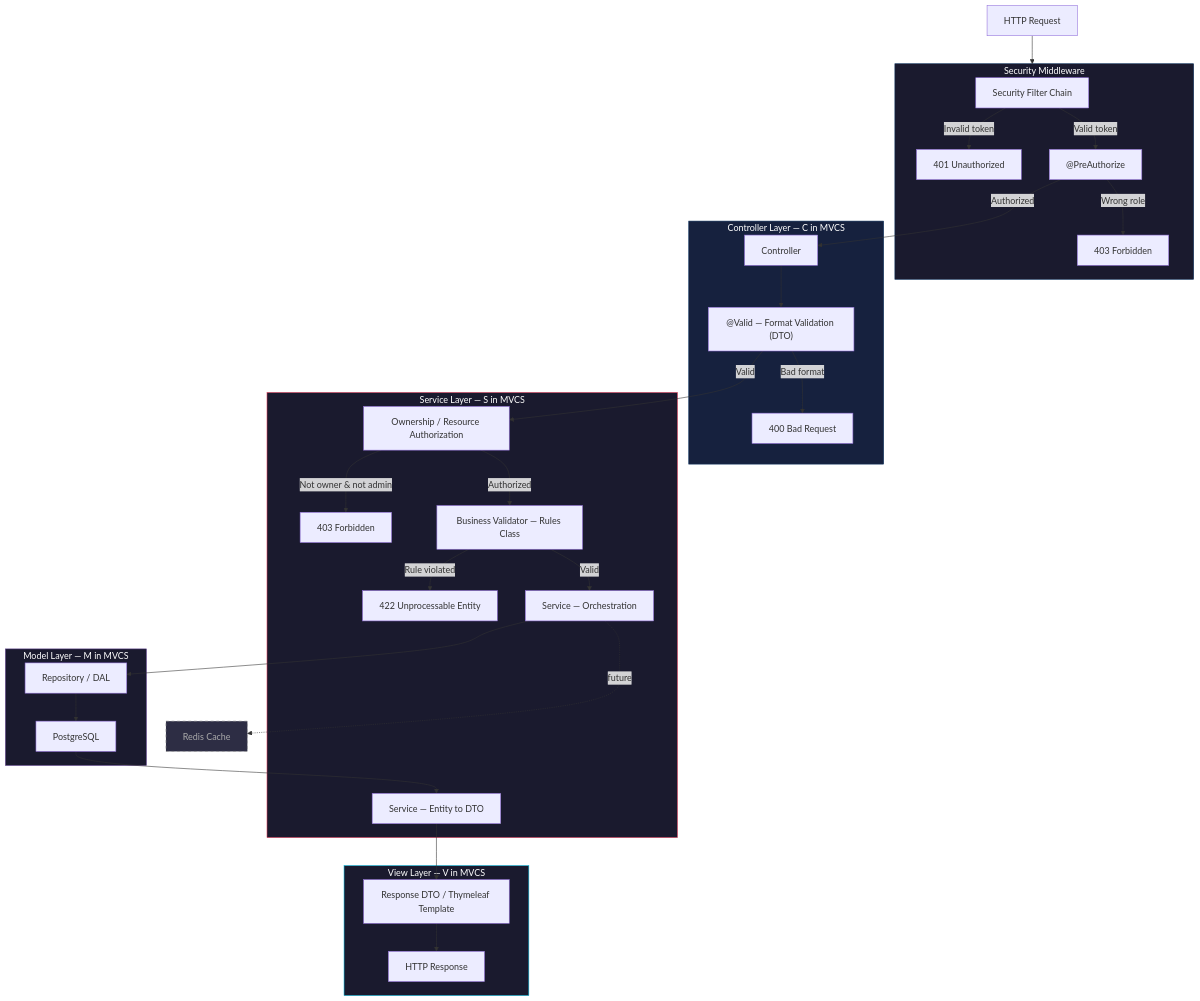
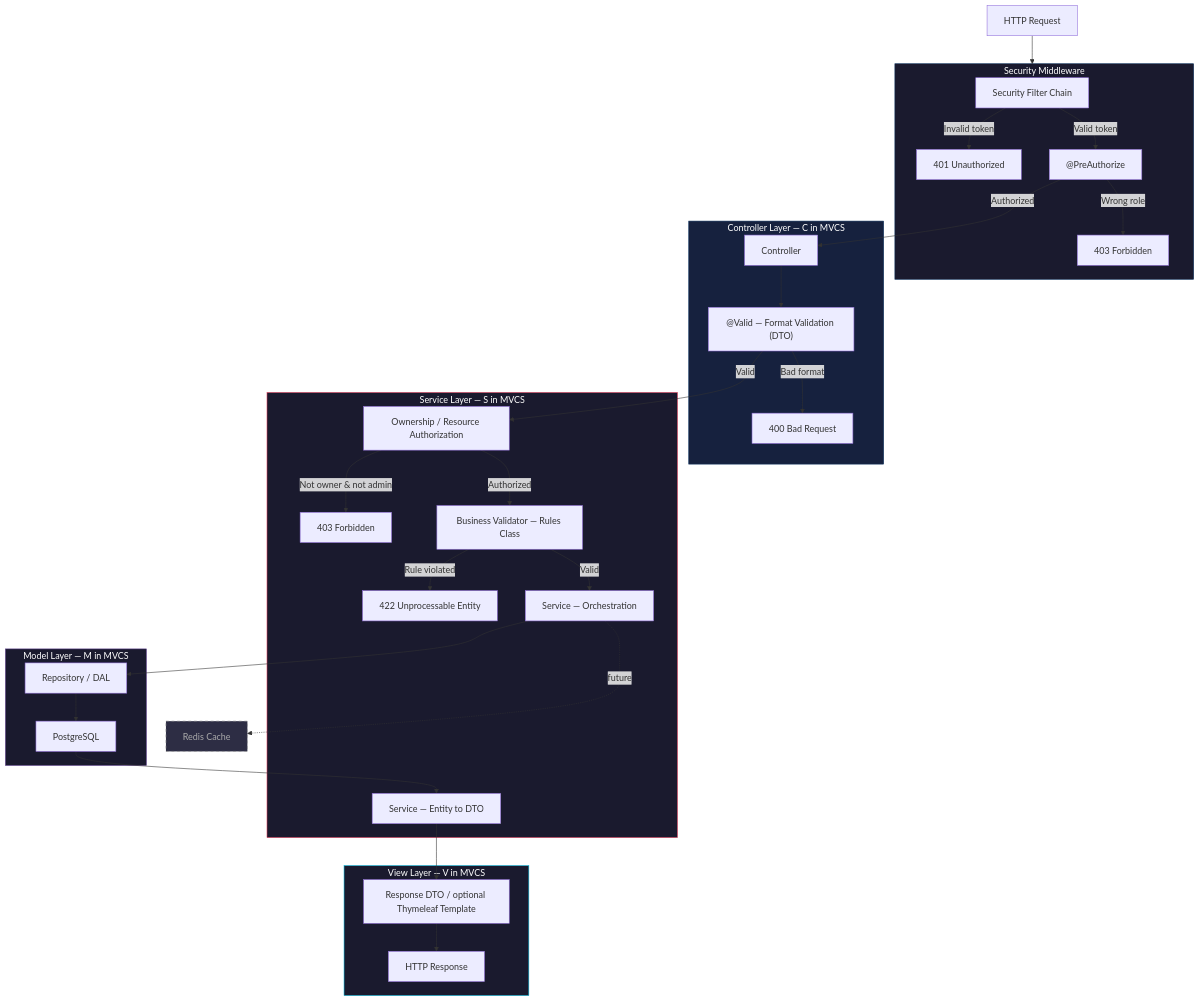
Before and after one commit to experiment001-on-secret-2500blobs129124/cpmss: the first of 3 diagrams in docs/ARCHITECTURE.md, drawn with Mermaid. The commit also changed other lines of this file and 8 other files, not shown here.

````diff
--- a/docs/ARCHITECTURE.md
+++ b/docs/ARCHITECTURE.md
@@ -19,54 +19,54 @@
 ```mermaid
 flowchart TD
     A["HTTP Request"] --> SEC
 
     subgraph SEC ["Security Middleware"]
         B["Security Filter Chain"]
         B -->|"Invalid token"| B1["401 Unauthorized"]
         B -->|"Valid token"| C["@PreAuthorize"]
         C -->|"Wrong role"| C1["403 Forbidden"]
     end
 
     C -->|"Authorized"| D
 
     subgraph CTRL ["Controller Layer — C in MVCS"]
         D["Controller"]
         D --> E["@Valid — Format Validation (DTO)"]
         E -->|"Bad format"| E1["400 Bad Request"]
     end
 
     E -->|"Valid"| F
 
     subgraph SVC ["Service Layer — S in MVCS"]
         F["Ownership / Resource Authorization"]
         F -->|"Not owner & not admin"| F1["403 Forbidden"]
         F -->|"Authorized"| G["Business Validator — Rules Class"]
         G -->|"Rule violated"| G1["422 Unprocessable Entity"]
         G -->|"Valid"| H["Service — Orchestration"]
         H2["Service — Entity to DTO"]
     end
 
     subgraph MDL ["Model Layer — M in MVCS"]
         I["Repository / DAL"]
         I --> J["PostgreSQL"]
     end
 
     H --> I
     J --> H2
 
     H -..->|"future"| R["Redis Cache"]
 
     subgraph VW ["View Layer — V in MVCS"]
-        K["Response DTO / Thymeleaf Template"]
+        K["Response DTO / optional Thymeleaf Template"]
         K --> L["HTTP Response"]
     end
 
     H2 --> K
 
     style SEC fill:#1a1a2e,stroke:#0f3460,color:#fff
     style CTRL fill:#16213e,stroke:#0f3460,color:#fff
     style SVC fill:#1a1a2e,stroke:#e94560,color:#fff
     style MDL fill:#1a1a2e,stroke:#533483,color:#fff
     style VW fill:#1a1a2e,stroke:#00b4d8,color:#fff
     style R fill:#2d2d44,stroke:#888,stroke-dasharray: 5 5,color:#aaa
 ```
````
